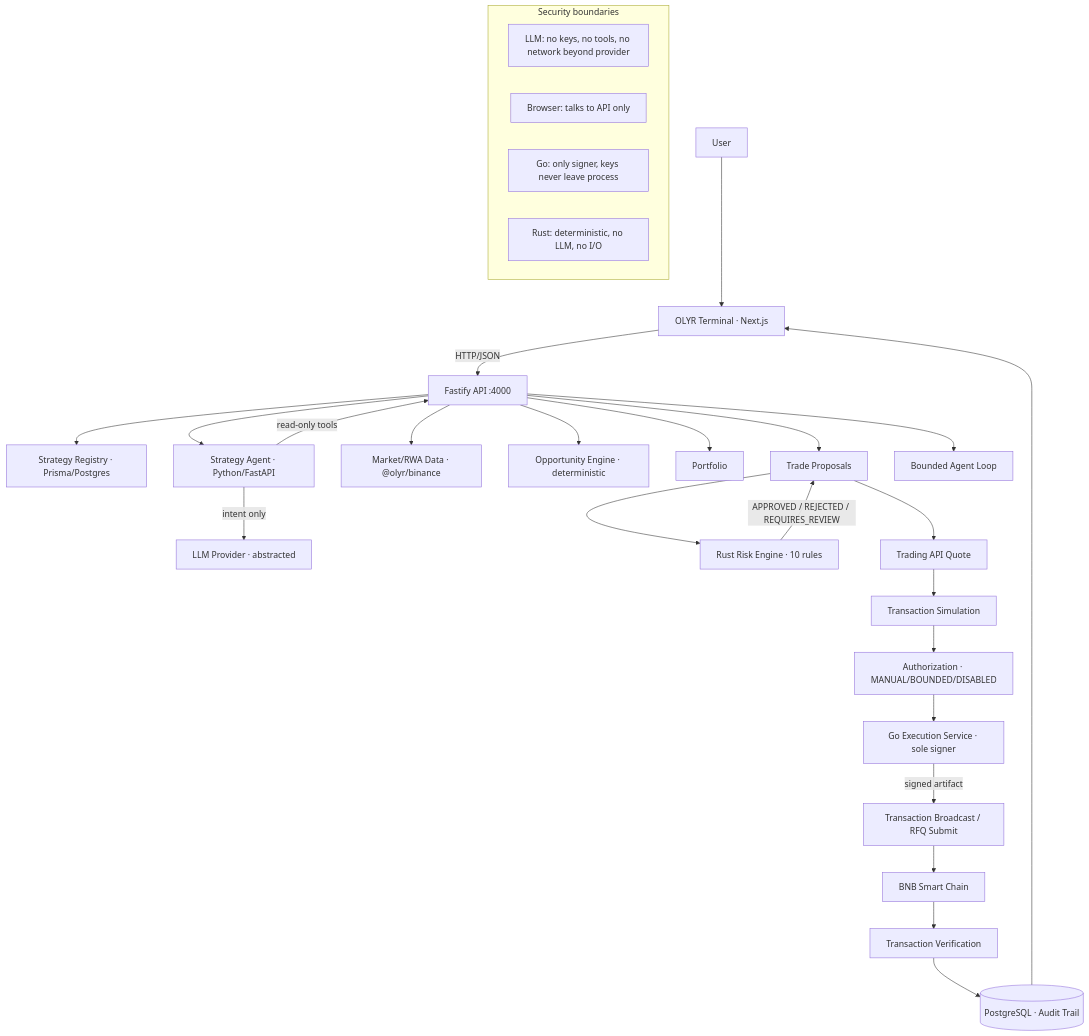
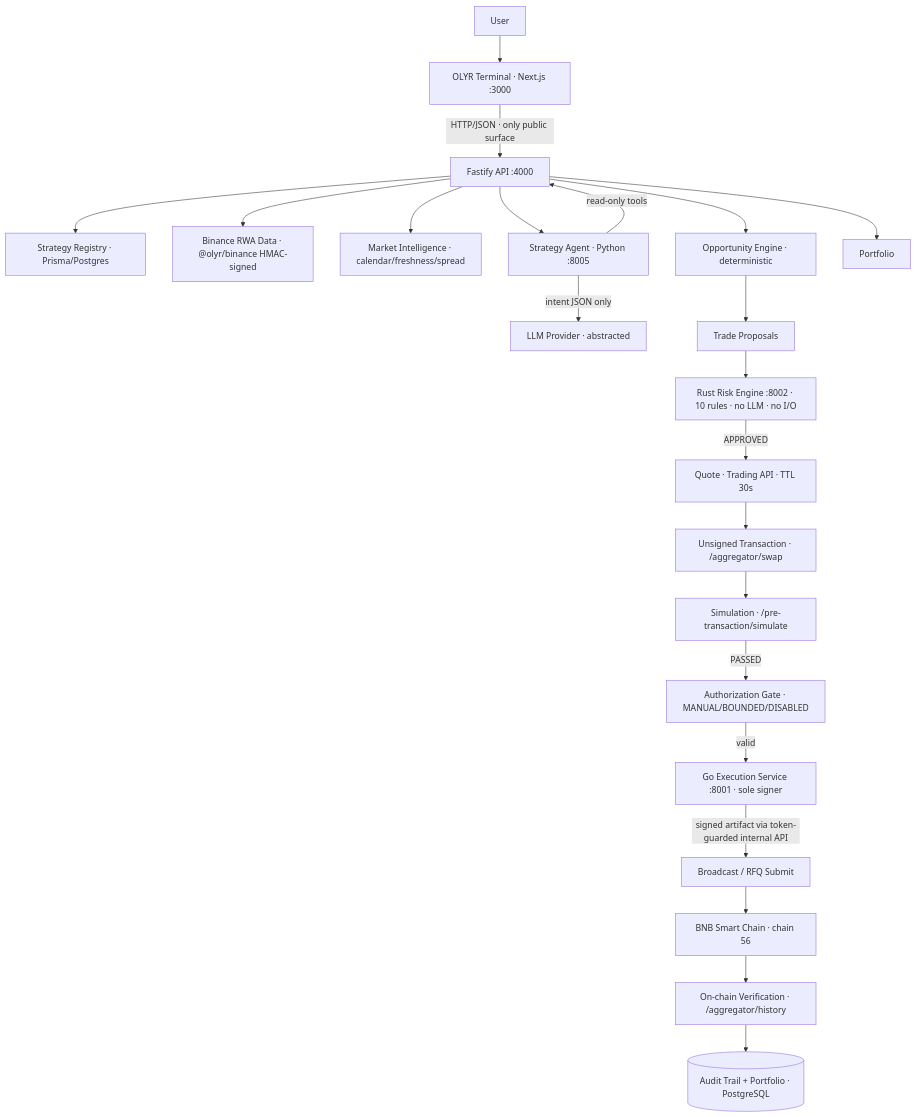
One commit to mahitss/BNB-chain changed the diagram in docs/submission/architecture.md. Above: the diagram before and after it, drawn with Mermaid. The commit also changed other lines of this file and 15 other files, not shown here.

````diff
--- a/docs/submission/architecture.md
+++ b/docs/submission/architecture.md
@@ -5,37 +3,27 @@
 ```mermaid
 flowchart TB
-    U[User] --> T[OLYR Terminal · Next.js]
-    T -->|HTTP/JSON| API[Fastify API :4000]
+    U[User] --> T[OLYR Terminal · Next.js :3000]
+    T -->|HTTP/JSON · only public surface| API[Fastify API :4000]
 
     API --> REG[Strategy Registry · Prisma/Postgres]
-    API --> AGENT[Strategy Agent · Python/FastAPI]
-    API --> MKT[Market/RWA Data · @olyr/binance]
+    API --> RWA[Binance RWA Data · @olyr/binance HMAC-signed]
+    API --> MI[Market Intelligence · calendar/freshness/spread]
     API --> OPP[Opportunity Engine · deterministic]
+    API --> AGENT[Strategy Agent · Python :8005]
     API --> PORT[Portfolio]
-    API --> PROP[Trade Proposals]
-    API --> LOOP[Bounded Agent Loop]
 
-    AGENT -->|intent only| LLM[LLM Provider · abstracted]
+    AGENT -->|intent JSON only| LLM[LLM Provider · abstracted]
     AGENT -->|read-only tools| API
 
-    PROP --> RISK[Rust Risk Engine · 10 rules]
-    RISK -->|APPROVED / REJECTED / REQUIRES_REVIEW| PROP
-    PROP --> QUOTE[Trading API Quote]
-    QUOTE --> SIM[Transaction Simulation]
-    SIM --> AUTH[Authorization · MANUAL/BOUNDED/DISABLED]
-    AUTH --> EXEC[Go Execution Service · sole signer]
-
-    EXEC -->|signed artifact| BCAST[Transaction Broadcast / RFQ Submit]
-    BCAST --> BSC[BNB Smart Chain]
-    BSC --> VERIFY[Transaction Verification]
-    VERIFY --> DB[(PostgreSQL · Audit Trail)]
-
-    DB --> T
-
-    subgraph security [Security boundaries]
-        S1[LLM: no keys, no tools, no network beyond provider]
-        S2[Browser: talks to API only]
-        S3[Go: only signer, keys never leave process]
-        S4[Rust: deterministic, no LLM, no I/O]
-    end
+    OPP --> PROP[Trade Proposals]
+    PROP --> RISK[Rust Risk Engine :8002 · 10 rules · no LLM · no I/O]
+    RISK -->|APPROVED| QUOTE[Quote · Trading API · TTL 30s]
+    QUOTE --> TX[Unsigned Transaction · /aggregator/swap]
+    TX --> SIM[Simulation · /pre-transaction/simulate]
+    SIM -->|PASSED| AUTH[Authorization Gate · MANUAL/BOUNDED/DISABLED]
+    AUTH -->|valid| EXEC[Go Execution Service :8001 · sole signer]
+    EXEC -->|signed artifact via token-guarded internal API| BCAST[Broadcast / RFQ Submit]
+    BCAST --> BSC[BNB Smart Chain · chain 56]
+    BSC --> VERIFY[On-chain Verification · /aggregator/history]
+    VERIFY --> AUD[(Audit Trail + Portfolio · PostgreSQL)]
 ```
````
